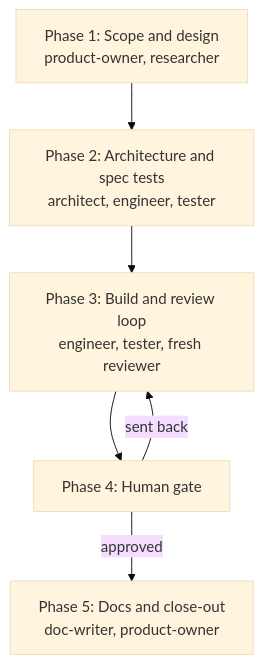
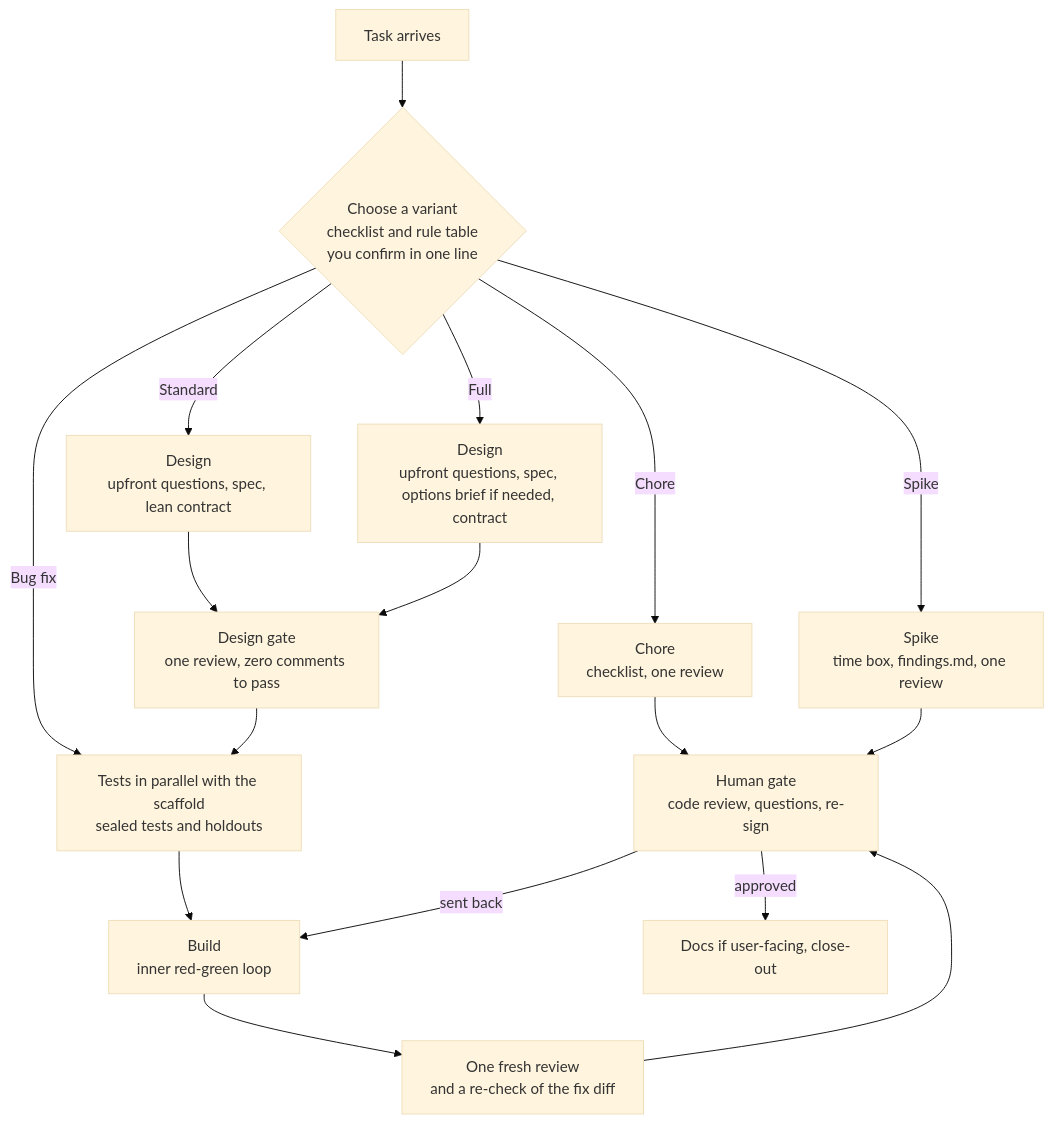
The first of 2 diagrams in docs/workflow.md (inf0rmer/agentic-workflow), drawn with Mermaid (base theme) before and after one commit. The commit also changed other lines of this file and 6 other files, not shown here.

````diff
--- a/docs/workflow.md
+++ b/docs/workflow.md
@@ -5,9 +5,19 @@
 ```mermaid
 flowchart TD
-    P1["Phase 1: Scope and design<br/>product-owner, researcher"] --> P2
-    P2["Phase 2: Architecture and spec tests<br/>architect, engineer, tester"] --> P3
-    P3["Phase 3: Build and review loop<br/>engineer, tester, fresh reviewer"] --> P4
-    P4["Phase 4: Human gate"] -->|"approved"| P5
-    P4 -->|"sent back"| P3
-    P5["Phase 5: Docs and close-out<br/>doc-writer, product-owner"]
+    Start["Task arrives"] --> Route{"Choose a variant<br/>checklist and rule table<br/>you confirm in one line"}
+    Route -->|"Chore"| Chore["Chore<br/>checklist, one review"]
+    Route -->|"Bug fix"| Tests
+    Route -->|"Spike"| Spike["Spike<br/>time box, findings.md, one review"]
+    Route -->|"Standard"| StdDesign["Design<br/>upfront questions, spec, lean contract"]
+    Route -->|"Full"| FullDesign["Design<br/>upfront questions, spec, options brief if needed, contract"]
+    StdDesign --> Gate["Design gate<br/>one review, zero comments to pass"]
+    FullDesign --> Gate
+    Gate --> Tests["Tests in parallel with the scaffold<br/>sealed tests and holdouts"]
+    Tests --> Build["Build<br/>inner red-green loop"]
+    Build --> Review["One fresh review<br/>and a re-check of the fix diff"]
+    Review --> Human["Human gate<br/>code review, questions, re-sign"]
+    Chore --> Human
+    Spike --> Human
+    Human -->|"approved"| Close["Docs if user-facing, close-out"]
+    Human -->|"sent back"| Build
 ```
````
